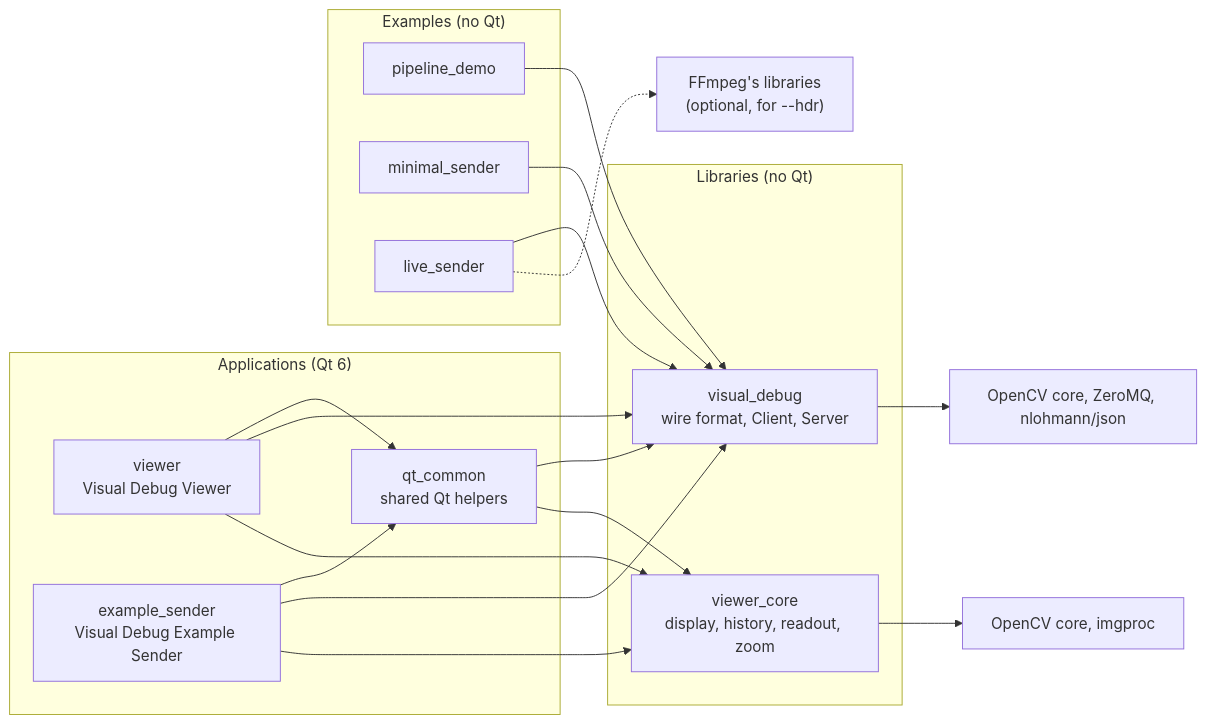
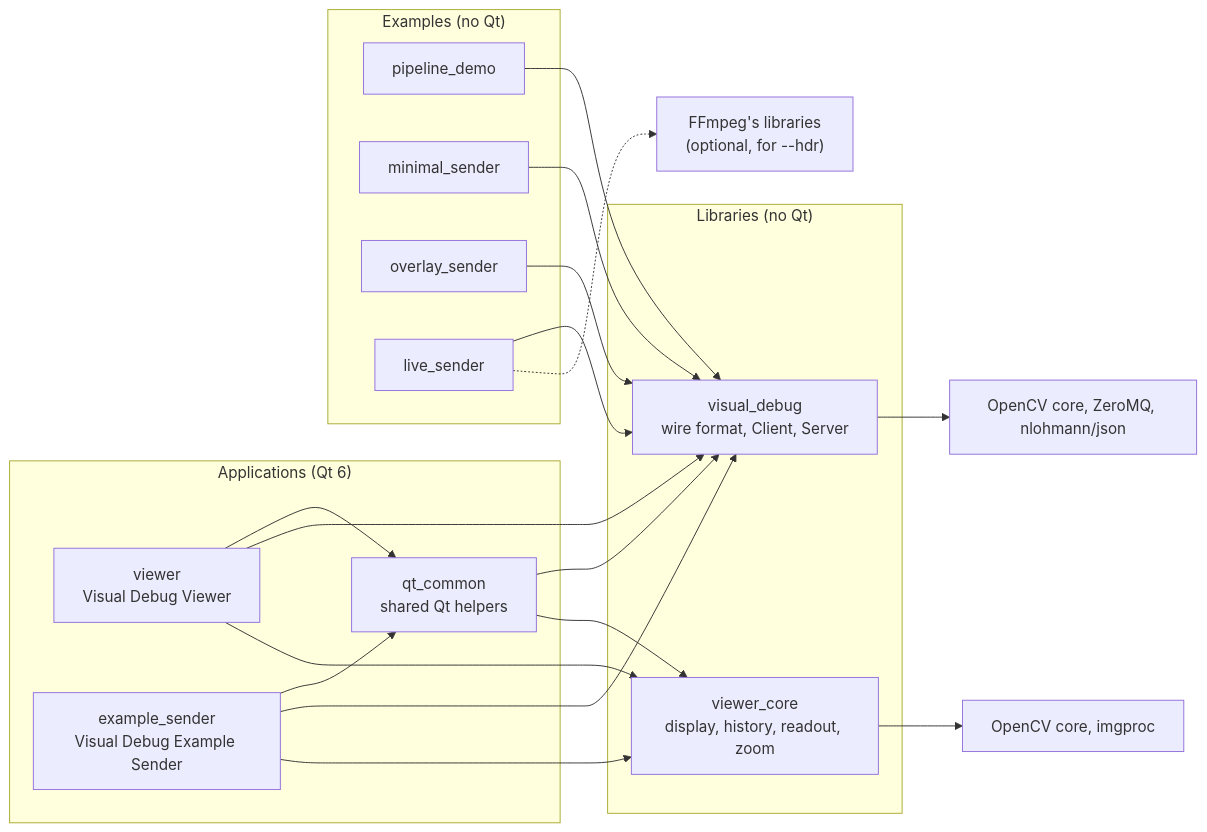
One commit to mbuster8/id-vision-lab changed the first of 3 diagrams in docs/architecture.md. Above: the diagram before and after it, drawn with Mermaid. The commit also changed other lines of this file and 5 other files, not shown here.

First line of the commit message:
docs: overlays in the wire format, user guide, architecture and README

````diff
--- a/docs/architecture.md
+++ b/docs/architecture.md
@@ -15,31 +15,33 @@
 ```mermaid
 flowchart LR
     subgraph apps["Applications (Qt 6)"]
         viewer["viewer<br/>Visual Debug Viewer"]
         sender["example_sender<br/>Visual Debug Example Sender"]
         qtcommon["qt_common<br/>shared Qt helpers"]
     end
     subgraph examples["Examples (no Qt)"]
         pipeline["pipeline_demo"]
         minimal["minimal_sender"]
+        overlay["overlay_sender"]
         live["live_sender"]
     end
     subgraph libs["Libraries (no Qt)"]
         vd["visual_debug<br/>wire format, Client, Server"]
         vc["viewer_core<br/>display, history, readout, zoom"]
     end
     viewer --> qtcommon
     sender --> qtcommon
     viewer --> vd
     viewer --> vc
     sender --> vd
     sender --> vc
     qtcommon --> vd
     qtcommon --> vc
     pipeline --> vd
     minimal --> vd
+    overlay --> vd
     live --> vd
     live -.-> ffmpeg["FFmpeg's libraries<br/>(optional, for --hdr)"]
     vd --> deps1["OpenCV core, ZeroMQ, nlohmann/json"]
     vc --> deps2["OpenCV core, imgproc"]
 ```
````
